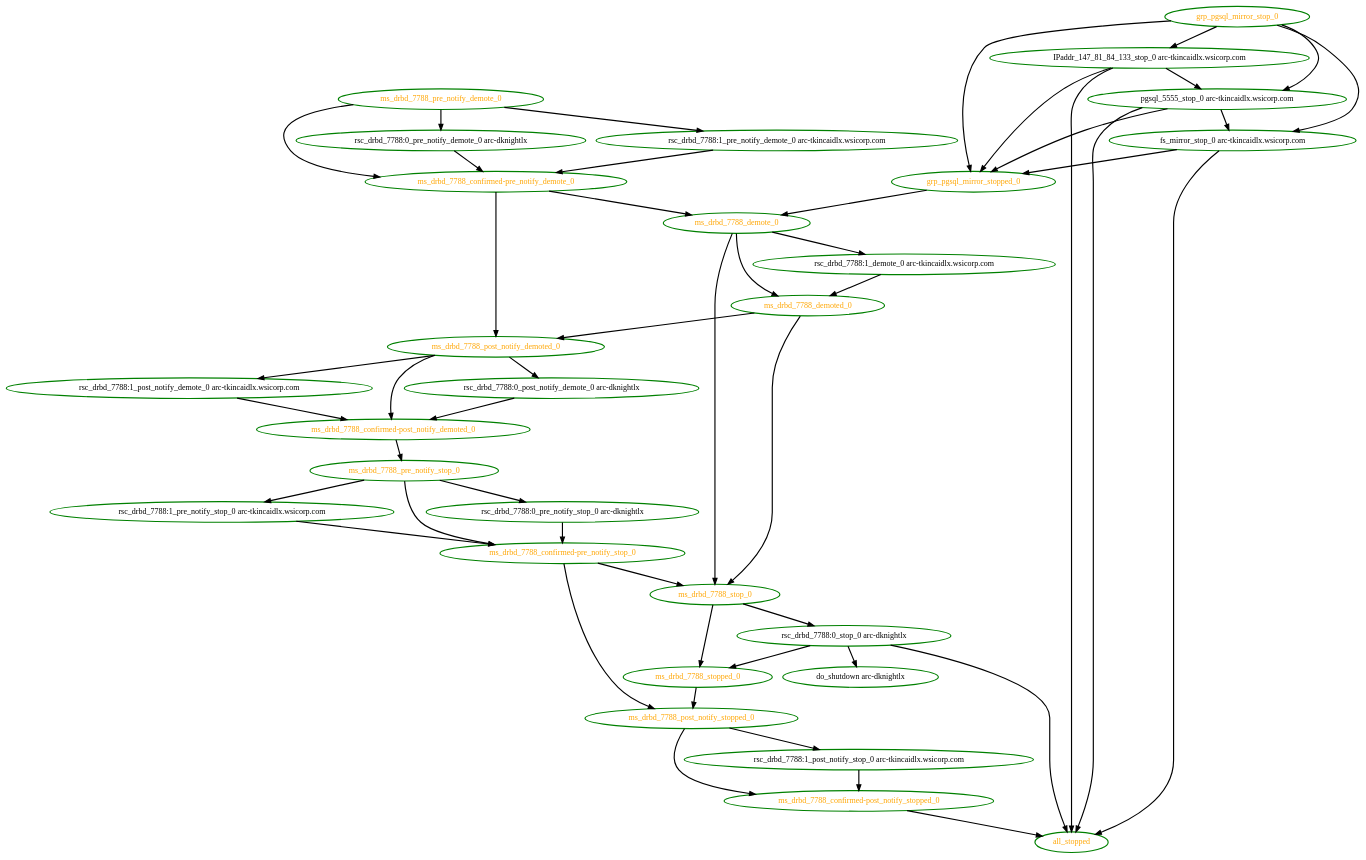
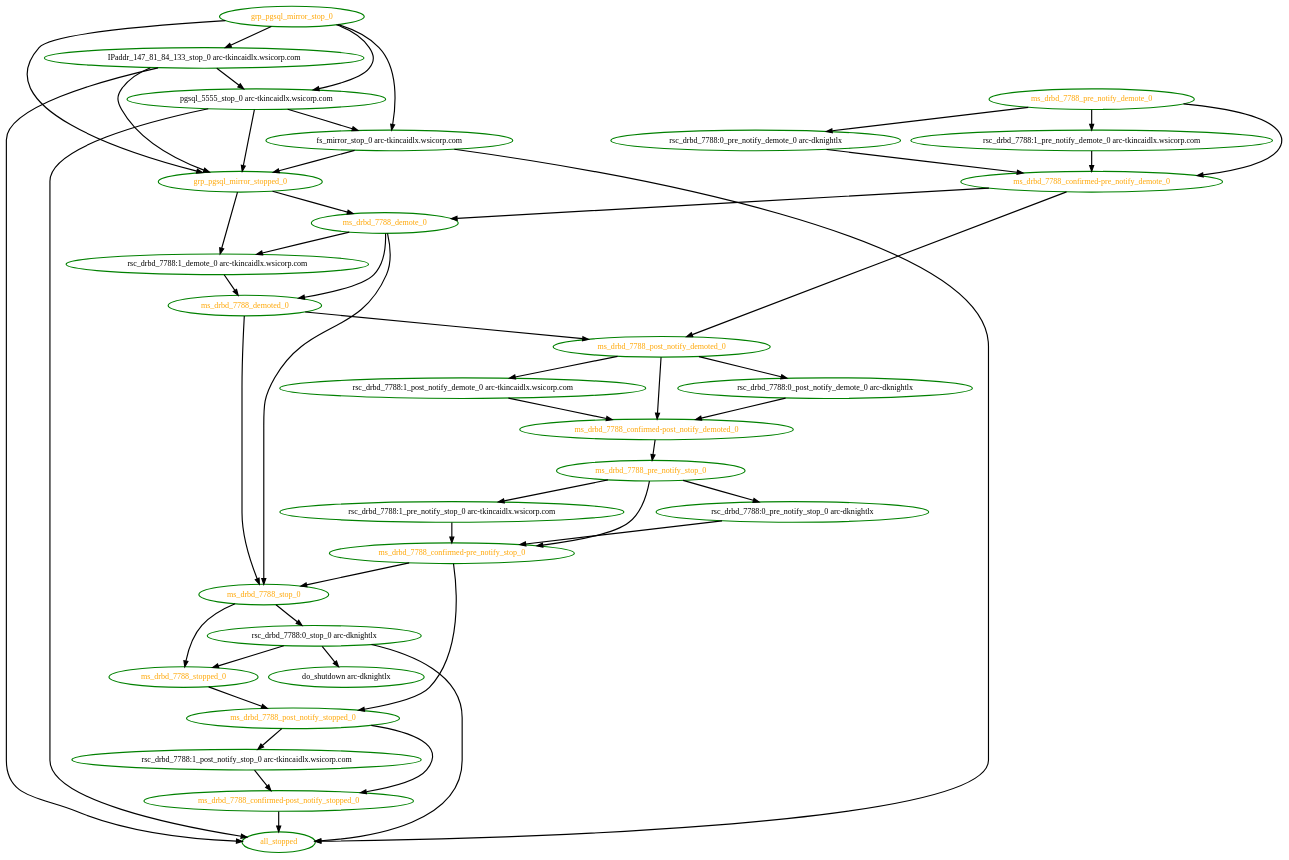
Before and after one commit to linux-ha-japan/pm_diskd: the diagram in pengine/test10/bug-1572-2.dot, drawn with Graphviz. The commit also changed 38 other files, not shown here.

```diff
--- a/pengine/test10/bug-1572-2.dot
+++ b/pengine/test10/bug-1572-2.dot
@@ -1,79 +1,80 @@
 digraph "g" {
 "IPaddr_147_81_84_133_stop_0 arc-tkincaidlx.wsicorp.com" -> "all_stopped" [ style = bold]
 "IPaddr_147_81_84_133_stop_0 arc-tkincaidlx.wsicorp.com" -> "grp_pgsql_mirror_stopped_0" [ style = bold]
 "IPaddr_147_81_84_133_stop_0 arc-tkincaidlx.wsicorp.com" -> "pgsql_5555_stop_0 arc-tkincaidlx.wsicorp.com" [ style = bold]
 "IPaddr_147_81_84_133_stop_0 arc-tkincaidlx.wsicorp.com" [ style=bold color="green" fontcolor="black"  ]
 "all_stopped" [ style=bold color="green" fontcolor="orange"  ]
 "do_shutdown arc-dknightlx" [ style=bold color="green" fontcolor="black"  ]
 "fs_mirror_stop_0 arc-tkincaidlx.wsicorp.com" -> "all_stopped" [ style = bold]
 "fs_mirror_stop_0 arc-tkincaidlx.wsicorp.com" -> "grp_pgsql_mirror_stopped_0" [ style = bold]
 "fs_mirror_stop_0 arc-tkincaidlx.wsicorp.com" [ style=bold color="green" fontcolor="black"  ]
 "grp_pgsql_mirror_stop_0" -> "IPaddr_147_81_84_133_stop_0 arc-tkincaidlx.wsicorp.com" [ style = bold]
 "grp_pgsql_mirror_stop_0" -> "fs_mirror_stop_0 arc-tkincaidlx.wsicorp.com" [ style = bold]
 "grp_pgsql_mirror_stop_0" -> "grp_pgsql_mirror_stopped_0" [ style = bold]
 "grp_pgsql_mirror_stop_0" -> "pgsql_5555_stop_0 arc-tkincaidlx.wsicorp.com" [ style = bold]
 "grp_pgsql_mirror_stop_0" [ style=bold color="green" fontcolor="orange"  ]
 "grp_pgsql_mirror_stopped_0" -> "ms_drbd_7788_demote_0" [ style = bold]
+"grp_pgsql_mirror_stopped_0" -> "rsc_drbd_7788:1_demote_0 arc-tkincaidlx.wsicorp.com" [ style = bold]
 "grp_pgsql_mirror_stopped_0" [ style=bold color="green" fontcolor="orange"  ]
 "ms_drbd_7788_confirmed-post_notify_demoted_0" -> "ms_drbd_7788_pre_notify_stop_0" [ style = bold]
 "ms_drbd_7788_confirmed-post_notify_demoted_0" [ style=bold color="green" fontcolor="orange"  ]
 "ms_drbd_7788_confirmed-post_notify_stopped_0" -> "all_stopped" [ style = bold]
 "ms_drbd_7788_confirmed-post_notify_stopped_0" [ style=bold color="green" fontcolor="orange"  ]
 "ms_drbd_7788_confirmed-pre_notify_demote_0" -> "ms_drbd_7788_demote_0" [ style = bold]
 "ms_drbd_7788_confirmed-pre_notify_demote_0" -> "ms_drbd_7788_post_notify_demoted_0" [ style = bold]
 "ms_drbd_7788_confirmed-pre_notify_demote_0" [ style=bold color="green" fontcolor="orange"  ]
 "ms_drbd_7788_confirmed-pre_notify_stop_0" -> "ms_drbd_7788_post_notify_stopped_0" [ style = bold]
 "ms_drbd_7788_confirmed-pre_notify_stop_0" -> "ms_drbd_7788_stop_0" [ style = bold]
 "ms_drbd_7788_confirmed-pre_notify_stop_0" [ style=bold color="green" fontcolor="orange"  ]
 "ms_drbd_7788_demote_0" -> "ms_drbd_7788_demoted_0" [ style = bold]
 "ms_drbd_7788_demote_0" -> "ms_drbd_7788_stop_0" [ style = bold]
 "ms_drbd_7788_demote_0" -> "rsc_drbd_7788:1_demote_0 arc-tkincaidlx.wsicorp.com" [ style = bold]
 "ms_drbd_7788_demote_0" [ style=bold color="green" fontcolor="orange"  ]
 "ms_drbd_7788_demoted_0" -> "ms_drbd_7788_post_notify_demoted_0" [ style = bold]
 "ms_drbd_7788_demoted_0" -> "ms_drbd_7788_stop_0" [ style = bold]
 "ms_drbd_7788_demoted_0" [ style=bold color="green" fontcolor="orange"  ]
 "ms_drbd_7788_post_notify_demoted_0" -> "ms_drbd_7788_confirmed-post_notify_demoted_0" [ style = bold]
 "ms_drbd_7788_post_notify_demoted_0" -> "rsc_drbd_7788:0_post_notify_demote_0 arc-dknightlx" [ style = bold]
 "ms_drbd_7788_post_notify_demoted_0" -> "rsc_drbd_7788:1_post_notify_demote_0 arc-tkincaidlx.wsicorp.com" [ style = bold]
 "ms_drbd_7788_post_notify_demoted_0" [ style=bold color="green" fontcolor="orange"  ]
 "ms_drbd_7788_post_notify_stopped_0" -> "ms_drbd_7788_confirmed-post_notify_stopped_0" [ style = bold]
 "ms_drbd_7788_post_notify_stopped_0" -> "rsc_drbd_7788:1_post_notify_stop_0 arc-tkincaidlx.wsicorp.com" [ style = bold]
 "ms_drbd_7788_post_notify_stopped_0" [ style=bold color="green" fontcolor="orange"  ]
 "ms_drbd_7788_pre_notify_demote_0" -> "ms_drbd_7788_confirmed-pre_notify_demote_0" [ style = bold]
 "ms_drbd_7788_pre_notify_demote_0" -> "rsc_drbd_7788:0_pre_notify_demote_0 arc-dknightlx" [ style = bold]
 "ms_drbd_7788_pre_notify_demote_0" -> "rsc_drbd_7788:1_pre_notify_demote_0 arc-tkincaidlx.wsicorp.com" [ style = bold]
 "ms_drbd_7788_pre_notify_demote_0" [ style=bold color="green" fontcolor="orange"  ]
 "ms_drbd_7788_pre_notify_stop_0" -> "ms_drbd_7788_confirmed-pre_notify_stop_0" [ style = bold]
 "ms_drbd_7788_pre_notify_stop_0" -> "rsc_drbd_7788:0_pre_notify_stop_0 arc-dknightlx" [ style = bold]
 "ms_drbd_7788_pre_notify_stop_0" -> "rsc_drbd_7788:1_pre_notify_stop_0 arc-tkincaidlx.wsicorp.com" [ style = bold]
 "ms_drbd_7788_pre_notify_stop_0" [ style=bold color="green" fontcolor="orange"  ]
 "ms_drbd_7788_stop_0" -> "ms_drbd_7788_stopped_0" [ style = bold]
 "ms_drbd_7788_stop_0" -> "rsc_drbd_7788:0_stop_0 arc-dknightlx" [ style = bold]
 "ms_drbd_7788_stop_0" [ style=bold color="green" fontcolor="orange"  ]
 "ms_drbd_7788_stopped_0" -> "ms_drbd_7788_post_notify_stopped_0" [ style = bold]
 "ms_drbd_7788_stopped_0" [ style=bold color="green" fontcolor="orange"  ]
 "pgsql_5555_stop_0 arc-tkincaidlx.wsicorp.com" -> "all_stopped" [ style = bold]
 "pgsql_5555_stop_0 arc-tkincaidlx.wsicorp.com" -> "fs_mirror_stop_0 arc-tkincaidlx.wsicorp.com" [ style = bold]
 "pgsql_5555_stop_0 arc-tkincaidlx.wsicorp.com" -> "grp_pgsql_mirror_stopped_0" [ style = bold]
 "pgsql_5555_stop_0 arc-tkincaidlx.wsicorp.com" [ style=bold color="green" fontcolor="black"  ]
 "rsc_drbd_7788:0_post_notify_demote_0 arc-dknightlx" -> "ms_drbd_7788_confirmed-post_notify_demoted_0" [ style = bold]
 "rsc_drbd_7788:0_post_notify_demote_0 arc-dknightlx" [ style=bold color="green" fontcolor="black"  ]
 "rsc_drbd_7788:0_pre_notify_demote_0 arc-dknightlx" -> "ms_drbd_7788_confirmed-pre_notify_demote_0" [ style = bold]
 "rsc_drbd_7788:0_pre_notify_demote_0 arc-dknightlx" [ style=bold color="green" fontcolor="black"  ]
 "rsc_drbd_7788:0_pre_notify_stop_0 arc-dknightlx" -> "ms_drbd_7788_confirmed-pre_notify_stop_0" [ style = bold]
 "rsc_drbd_7788:0_pre_notify_stop_0 arc-dknightlx" [ style=bold color="green" fontcolor="black"  ]
 "rsc_drbd_7788:0_stop_0 arc-dknightlx" -> "all_stopped" [ style = bold]
 "rsc_drbd_7788:0_stop_0 arc-dknightlx" -> "do_shutdown arc-dknightlx" [ style = bold]
 "rsc_drbd_7788:0_stop_0 arc-dknightlx" -> "ms_drbd_7788_stopped_0" [ style = bold]
 "rsc_drbd_7788:0_stop_0 arc-dknightlx" [ style=bold color="green" fontcolor="black"  ]
 "rsc_drbd_7788:1_demote_0 arc-tkincaidlx.wsicorp.com" -> "ms_drbd_7788_demoted_0" [ style = bold]
 "rsc_drbd_7788:1_demote_0 arc-tkincaidlx.wsicorp.com" [ style=bold color="green" fontcolor="black"  ]
 "rsc_drbd_7788:1_post_notify_demote_0 arc-tkincaidlx.wsicorp.com" -> "ms_drbd_7788_confirmed-post_notify_demoted_0" [ style = bold]
 "rsc_drbd_7788:1_post_notify_demote_0 arc-tkincaidlx.wsicorp.com" [ style=bold color="green" fontcolor="black"  ]
 "rsc_drbd_7788:1_post_notify_stop_0 arc-tkincaidlx.wsicorp.com" -> "ms_drbd_7788_confirmed-post_notify_stopped_0" [ style = bold]
 "rsc_drbd_7788:1_post_notify_stop_0 arc-tkincaidlx.wsicorp.com" [ style=bold color="green" fontcolor="black"  ]
 "rsc_drbd_7788:1_pre_notify_demote_0 arc-tkincaidlx.wsicorp.com" -> "ms_drbd_7788_confirmed-pre_notify_demote_0" [ style = bold]
 "rsc_drbd_7788:1_pre_notify_demote_0 arc-tkincaidlx.wsicorp.com" [ style=bold color="green" fontcolor="black"  ]
 "rsc_drbd_7788:1_pre_notify_stop_0 arc-tkincaidlx.wsicorp.com" -> "ms_drbd_7788_confirmed-pre_notify_stop_0" [ style = bold]
 "rsc_drbd_7788:1_pre_notify_stop_0 arc-tkincaidlx.wsicorp.com" [ style=bold color="green" fontcolor="black"  ]
 }
```
